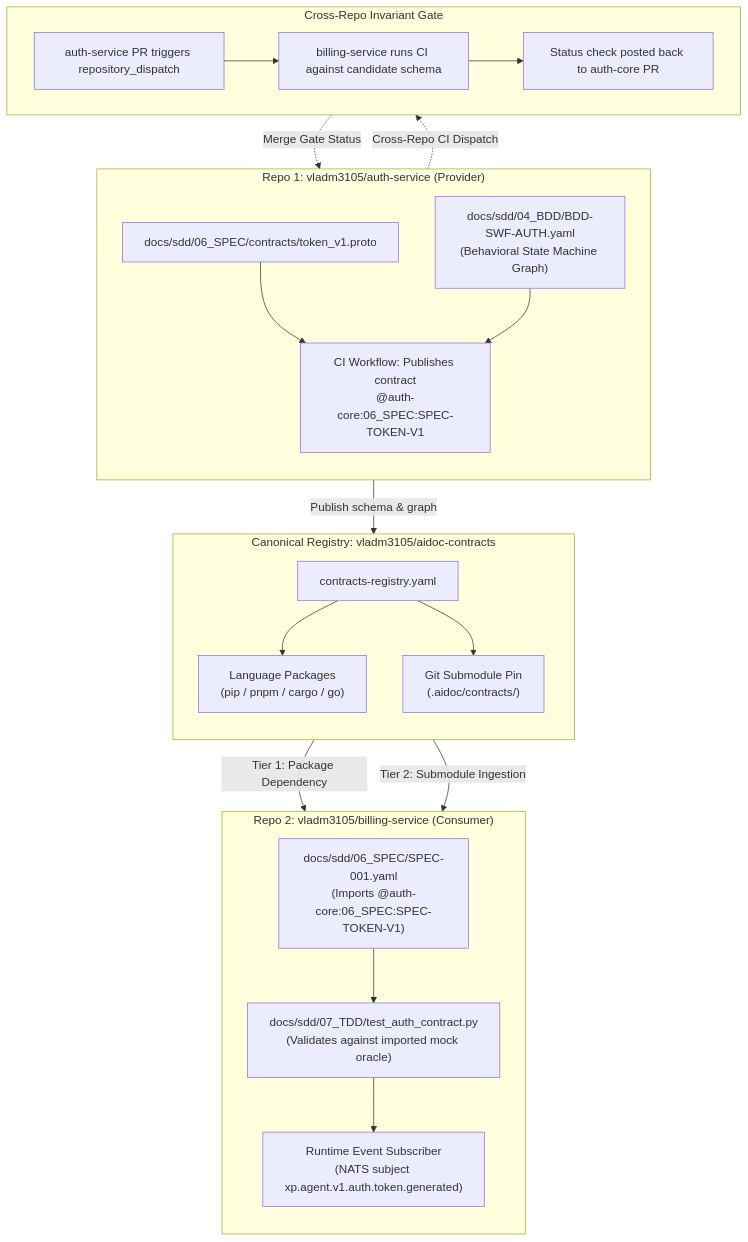
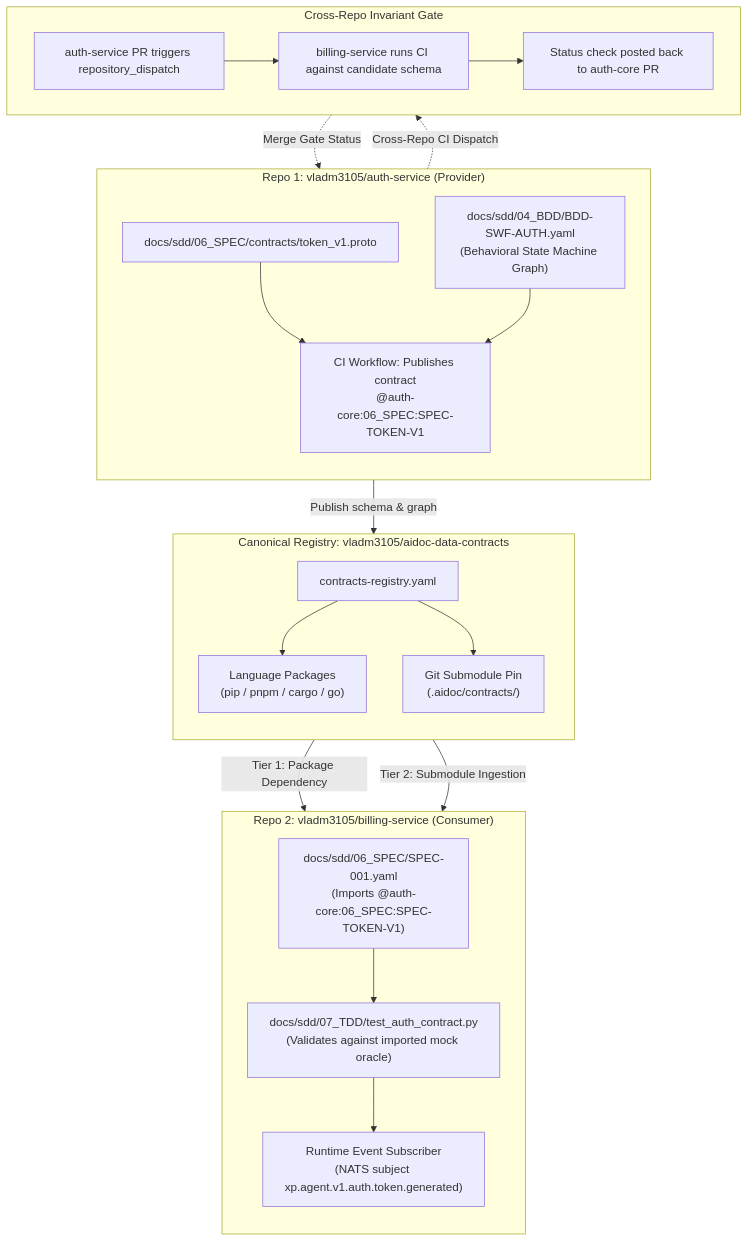
The second of 3 diagrams in framework/governance/MULTI_PROJECT_FEDERATED_STANDARD.md (vladm3105/aidoc-flow-framework), drawn with Mermaid before and after one commit. The commit also changed other lines of this file and 1 other file, not shown here.

Commit message:
docs(governance): harmonize repo references to aidoc-data-contracts and aidoc-context-tools

````diff
--- a/framework/governance/MULTI_PROJECT_FEDERATED_STANDARD.md
+++ b/framework/governance/MULTI_PROJECT_FEDERATED_STANDARD.md
@@ -92,42 +92,42 @@
 ```mermaid
 graph TD
     subgraph Repo1["Repo 1: vladm3105/auth-service (Provider)"]
         direction TB
         A1["docs/sdd/06_SPEC/contracts/token_v1.proto"]
         A2["docs/sdd/04_BDD/BDD-SWF-AUTH.yaml<br/>(Behavioral State Machine Graph)"]
         A3["CI Workflow: Publishes contract<br/>@auth-core:06_SPEC:SPEC-TOKEN-V1"]
         A1 --> A3
         A2 --> A3
     end
 
-    subgraph Hub["Canonical Registry: vladm3105/aidoc-contracts"]
+    subgraph Hub["Canonical Registry: vladm3105/aidoc-data-contracts"]
         direction TB
         R1["contracts-registry.yaml"]
         R2["Language Packages<br/>(pip / pnpm / cargo / go)"]
         R3["Git Submodule Pin<br/>(.aidoc/contracts/)"]
         R1 --> R2
         R1 --> R3
     end
 
     subgraph Repo2["Repo 2: vladm3105/billing-service (Consumer)"]
         direction TB
         B1["docs/sdd/06_SPEC/SPEC-001.yaml<br/>(Imports @auth-core:06_SPEC:SPEC-TOKEN-V1)"]
         B2["docs/sdd/07_TDD/test_auth_contract.py<br/>(Validates against imported mock oracle)"]
         B3["Runtime Event Subscriber<br/>(NATS subject xp.agent.v1.auth.token.generated)"]
         B1 --> B2
         B2 --> B3
     end
 
     subgraph CI["Cross-Repo Invariant Gate"]
         C1["auth-service PR triggers repository_dispatch"]
         C2["billing-service runs CI against candidate schema"]
         C3["Status check posted back to auth-core PR"]
         C1 --> C2 --> C3
     end
 
     A3 -->|"Publish schema & graph"| Hub
     R2 -->|"Tier 1: Package Dependency"| Repo2
     R3 -->|"Tier 2: Submodule Ingestion"| Repo2
     Repo1 -.->|"Cross-Repo CI Dispatch"| CI
     CI -.->|"Merge Gate Status"| Repo1
 ```
````
